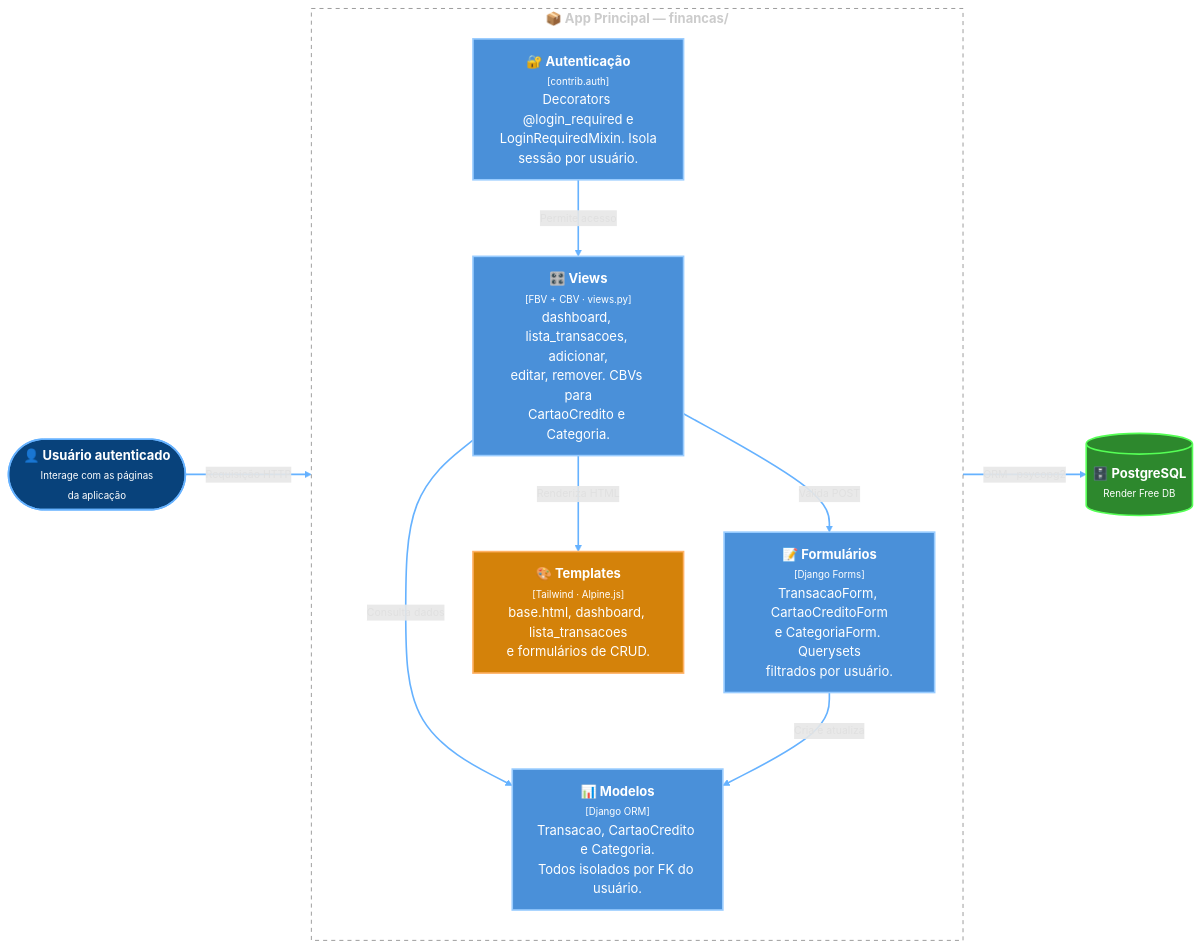
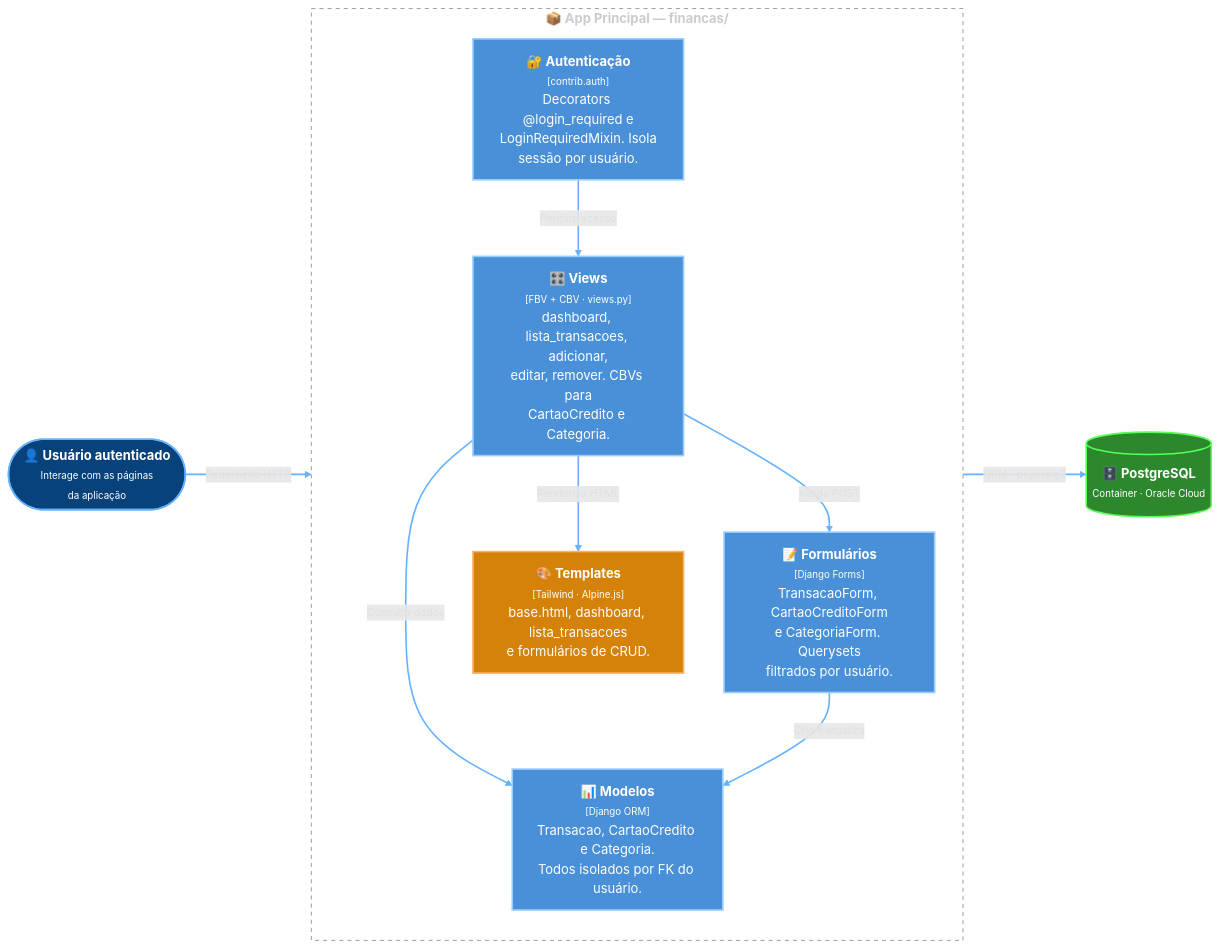
Before and after one commit to migueldufloth/ordo-finance: the third of 4 diagrams in README.md, drawn with Mermaid. The commit also changed other lines of this file and 2 other files, not shown here.

````diff
--- a/README.md
+++ b/README.md
@@ -70,32 +70,32 @@
 ```mermaid
 flowchart LR
     classDef person fill:#08427B,stroke:#66B2FF,stroke-width:2px,color:#fff;
     classDef comp fill:#4A90D9,stroke:#99CCFF,stroke-width:2px,color:#fff;
     classDef compAlt fill:#D4820A,stroke:#FFB266,stroke-width:2px,color:#fff;
     classDef db fill:#2D882D,stroke:#55FF55,stroke-width:2px,color:#fff;
     classDef boundary fill:transparent,stroke:#888,stroke-dasharray: 5 5,color:#ccc,font-weight:bold;
 
     User(["<b>👤 Usuário autenticado</b><br/><span style='font-size:12px; color:#ddd'>Interage com as páginas<br/>da aplicação</span>"]):::person
-    DB[("<b>🗄️ PostgreSQL</b><br/><span style='font-size:12px; color:#ddd'>Render Free DB</span>")]:::db
+    DB[("<b>🗄️ PostgreSQL</b><br/><span style='font-size:12px; color:#ddd'>Container · Oracle Cloud</span>")]:::db
 
     subgraph App ["📦 App Principal — financas/"]
         direction TB
         Auth["<b>🔐 Autenticação</b><br/><span style='font-size:12px; color:#cce5ff'>[contrib.auth]</span><br/><span style='font-size:12px; color:#eee'>Decorators @login_required e<br/>LoginRequiredMixin. Isola<br/>sessão por usuário.</span>"]:::comp
         Views["<b>🎛️ Views</b><br/><span style='font-size:12px; color:#cce5ff'>[FBV + CBV · views.py]</span><br/><span style='font-size:12px; color:#eee'>dashboard, lista_transacoes, adicionar,<br/>editar, remover. CBVs para<br/>CartaoCredito e Categoria.</span>"]:::comp
         Forms["<b>📝 Formulários</b><br/><span style='font-size:12px; color:#cce5ff'>[Django Forms]</span><br/><span style='font-size:12px; color:#eee'>TransacaoForm, CartaoCreditoForm<br/>e CategoriaForm. Querysets<br/>filtrados por usuário.</span>"]:::comp
         Templates["<b>🎨 Templates</b><br/><span style='font-size:12px; color:#ffe6cc'>[Tailwind · Alpine.js]</span><br/><span style='font-size:12px; color:#eee'>base.html, dashboard, lista_transacoes<br/>e formulários de CRUD.</span>"]:::compAlt
         Models["<b>📊 Modelos</b><br/><span style='font-size:12px; color:#cce5ff'>[Django ORM]</span><br/><span style='font-size:12px; color:#eee'>Transacao, CartaoCredito e Categoria.<br/>Todos isolados por FK do usuário.</span>"]:::comp
 
         Auth  -- "Permite acesso"  --> Views
         Views -- "Valida POST"     --> Forms
         Views -- "Renderiza HTML"  --> Templates
         Views -- "Consulta dados"  --> Models
         Forms -- "Cria e atualiza" --> Models
     end
     class App boundary;
 
     User   -- "Requisição HTTP"  --> Auth
     Models -- "ORM · psycopg2"   --> DB
 
     linkStyle default stroke:#66B2FF,stroke-width:2px,color:#E0E0E0,font-size:13px;
 ```
````
